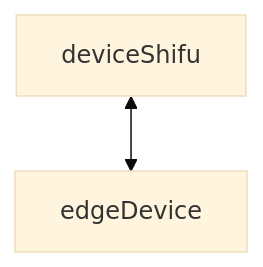
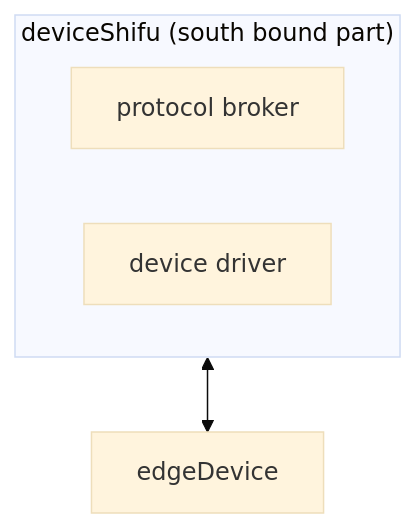
The second of 4 diagrams in docs/design/design-deviceShifu-zh.md (Edgenesis/shifu), drawn with Mermaid (base theme) before and after one commit. The commit also changed other lines of this file, not shown here.

Commit message:
update north&south bound communications

````diff
--- a/docs/design/design-deviceShifu-zh.md
+++ b/docs/design/design-deviceShifu-zh.md
@@ -56,4 +62,8 @@
 ```mermaid
     flowchart TD
-    ds[deviceShifu]<-->ed[edgeDevice]
+    subgraph sg-ds["deviceShifu (south bound part)"]
+    http[protocol broker]
+    grpc[device driver]
+    end
+    sg-ds<-->ed[edgeDevice]
 ```
````
